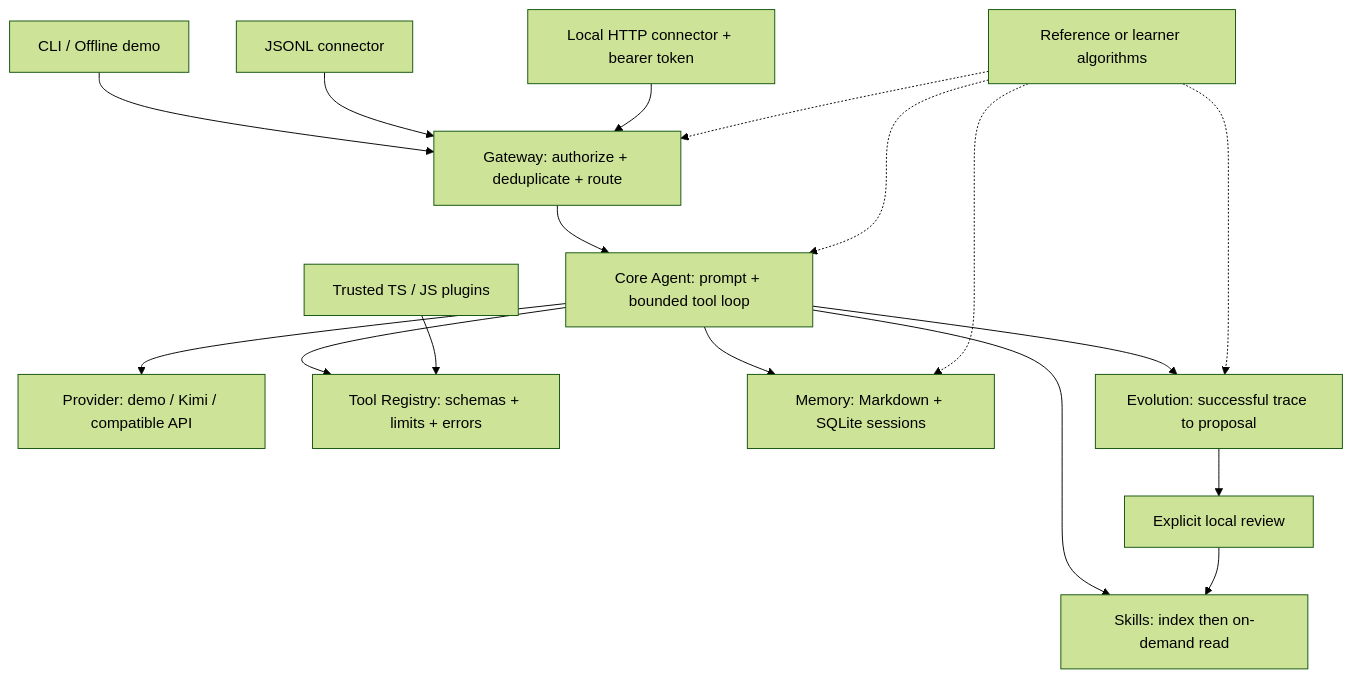
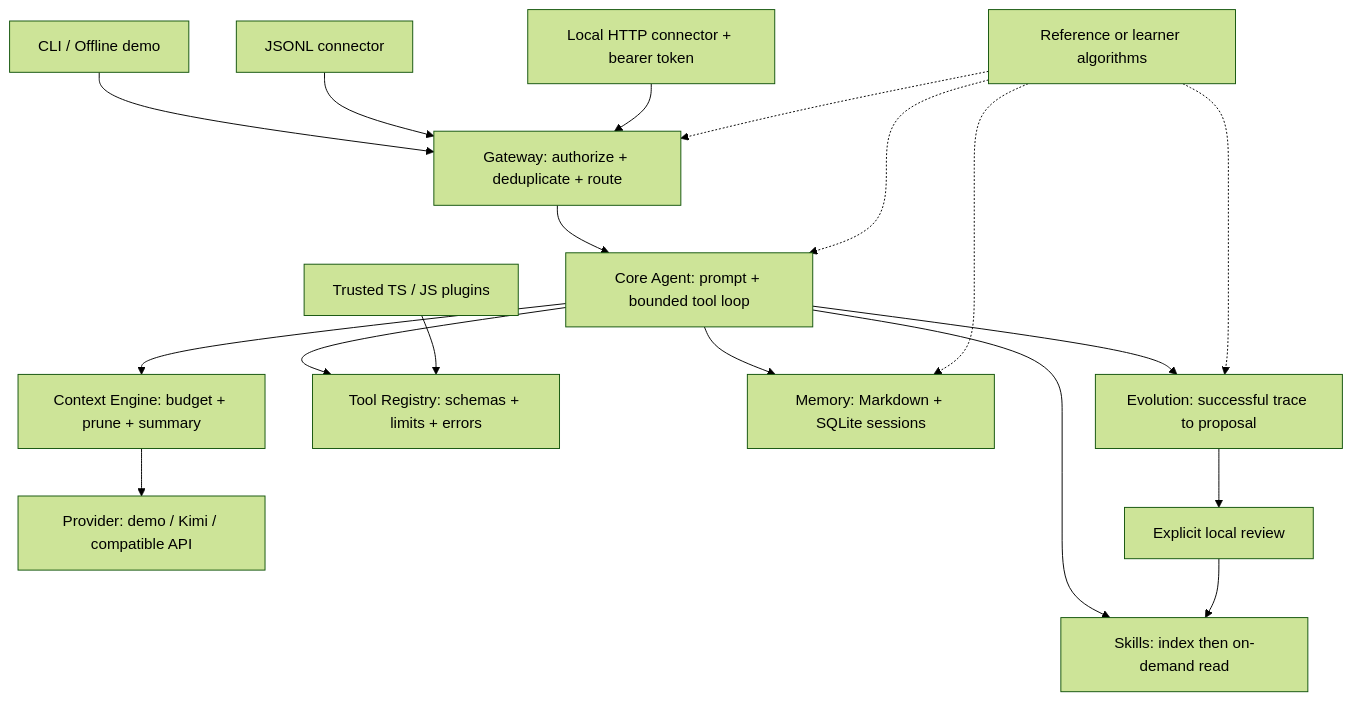
One commit to yjy233/my-hermes changed the diagram in docs/01-architecture.md. Above: the diagram before and after it, drawn with Mermaid (forest theme). The commit also changed other lines of this file and 34 other files, not shown here.

````diff
--- a/docs/01-architecture.md
+++ b/docs/01-architecture.md
@@ -7,19 +7,20 @@
 ```mermaid
 flowchart TB
     CLI[CLI / Offline demo] --> GW[Gateway: authorize + deduplicate + route]
     JSONL[JSONL connector] --> GW
     HTTP[Local HTTP connector + bearer token] --> GW
     GW --> CORE[Core Agent: prompt + bounded tool loop]
-    CORE --> MODEL[Provider: demo / Kimi / compatible API]
+    CORE --> CTX[Context Engine: budget + prune + summary]
+    CTX --> MODEL[Provider: demo / Kimi / compatible API]
     CORE --> TOOLS[Tool Registry: schemas + limits + errors]
     CORE --> MEM[Memory: Markdown + SQLite sessions]
     CORE --> SK[Skills: index then on-demand read]
     PL[Trusted TS / JS plugins] --> TOOLS
     CORE --> EVO[Evolution: successful trace to proposal]
     EVO --> REVIEW[Explicit local review]
     REVIEW --> SK
     ALG[Reference or learner algorithms] -.-> CORE
     ALG -.-> GW
     ALG -.-> MEM
     ALG -.-> EVO
 ```
````
